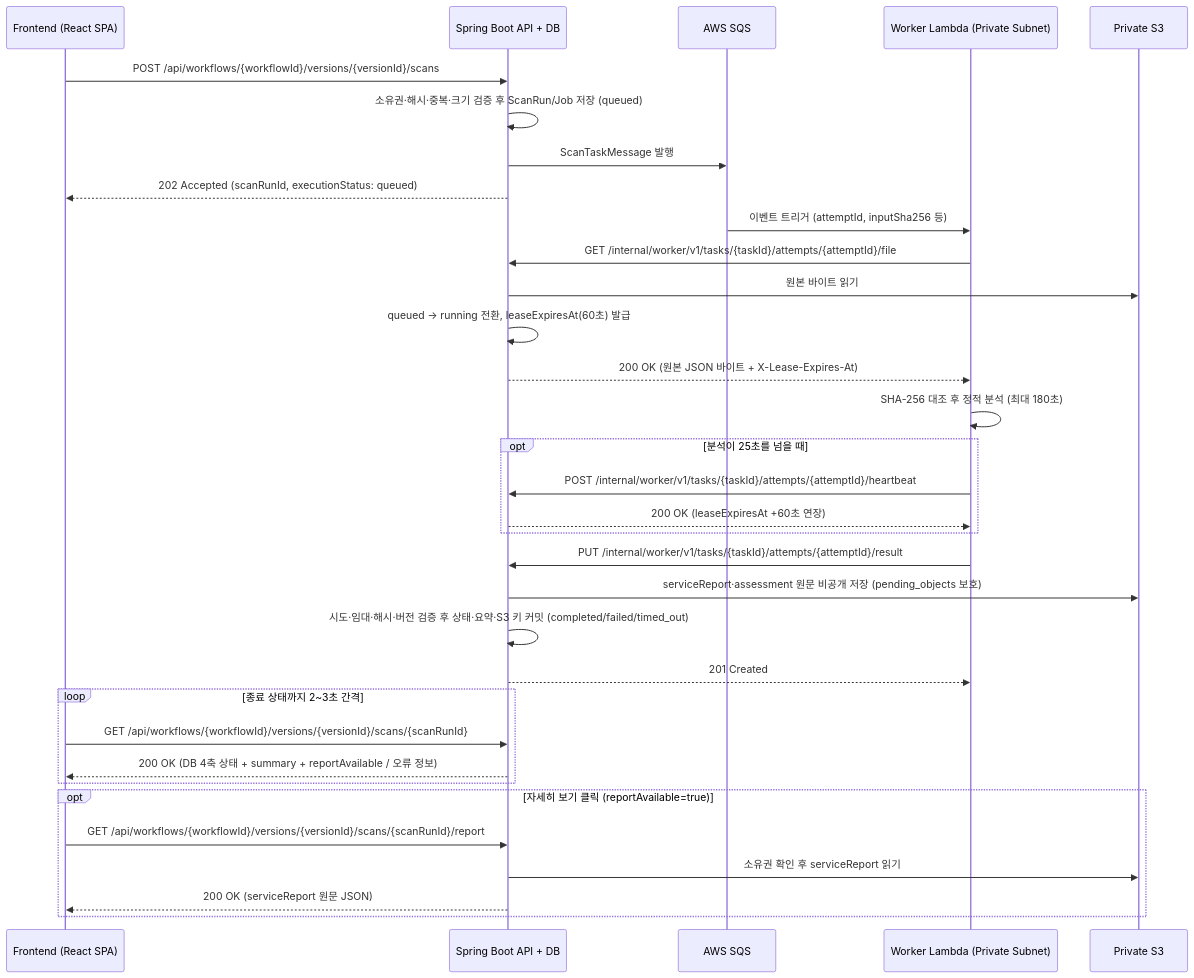
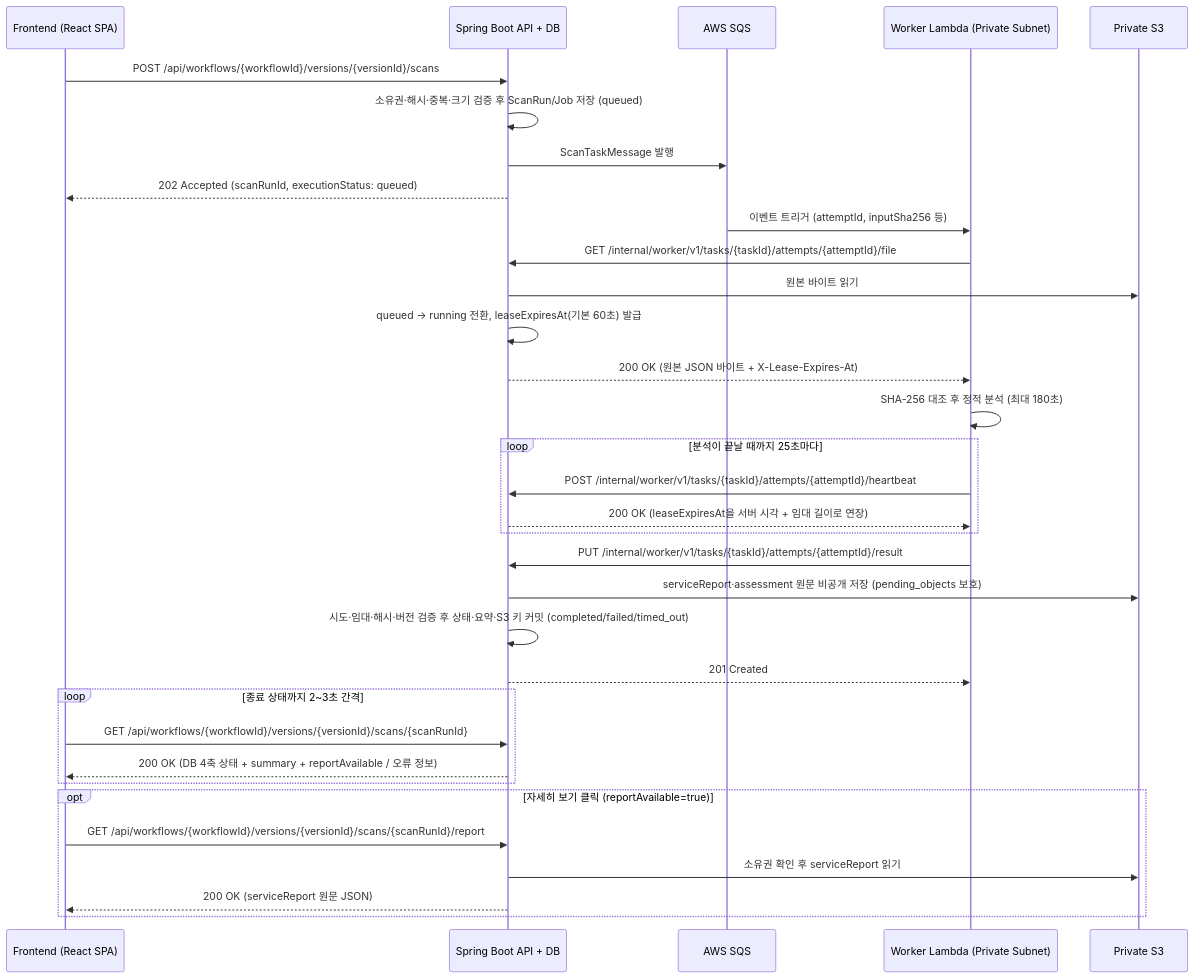
Before and after one commit to serendipity-sec/workflow-hub: the first of 2 diagrams in docs/SCAN_API_CONTRACT.md, drawn with Mermaid. The commit also changed other lines of this file and 24 other files, not shown here.

````diff
--- a/docs/SCAN_API_CONTRACT.md
+++ b/docs/SCAN_API_CONTRACT.md
@@ -26,41 +26,41 @@
 ```mermaid
 sequenceDiagram
     participant FE as Frontend (React SPA)
     participant BE as Spring Boot API + DB
     participant SQS as AWS SQS
     participant WK as Worker Lambda (Private Subnet)
     participant S3 as Private S3
 
     FE->>BE: POST /api/workflows/{workflowId}/versions/{versionId}/scans
     BE->>BE: 소유권·해시·중복·크기 검증 후 ScanRun/Job 저장 (queued)
     BE->>SQS: ScanTaskMessage 발행
     BE-->>FE: 202 Accepted (scanRunId, executionStatus: queued)
 
     SQS->>WK: 이벤트 트리거 (attemptId, inputSha256 등)
     WK->>BE: GET /internal/worker/v1/tasks/{taskId}/attempts/{attemptId}/file
     BE->>S3: 원본 바이트 읽기
-    BE->>BE: queued -> running 전환, leaseExpiresAt(60초) 발급
+    BE->>BE: queued -> running 전환, leaseExpiresAt(기본 60초) 발급
     BE-->>WK: 200 OK (원본 JSON 바이트 + X-Lease-Expires-At)
 
     WK->>WK: SHA-256 대조 후 정적 분석 (최대 180초)
-    opt 분석이 25초를 넘을 때
+    loop 분석이 끝날 때까지 25초마다
         WK->>BE: POST /internal/worker/v1/tasks/{taskId}/attempts/{attemptId}/heartbeat
-        BE-->>WK: 200 OK (leaseExpiresAt +60초 연장)
+        BE-->>WK: 200 OK (leaseExpiresAt을 서버 시각 + 임대 길이로 연장)
     end
 
     WK->>BE: PUT /internal/worker/v1/tasks/{taskId}/attempts/{attemptId}/result
     BE->>S3: serviceReport·assessment 원문 비공개 저장 (pending_objects 보호)
     BE->>BE: 시도·임대·해시·버전 검증 후 상태·요약·S3 키 커밋 (completed/failed/timed_out)
     BE-->>WK: 201 Created
 
     loop 종료 상태까지 2~3초 간격
         FE->>BE: GET /api/workflows/{workflowId}/versions/{versionId}/scans/{scanRunId}
         BE-->>FE: 200 OK (DB 4축 상태 + summary + reportAvailable / 오류 정보)
     end
 
     opt 자세히 보기 클릭 (reportAvailable=true)
         FE->>BE: GET /api/workflows/{workflowId}/versions/{versionId}/scans/{scanRunId}/report
         BE->>S3: 소유권 확인 후 serviceReport 읽기
         BE-->>FE: 200 OK (serviceReport 원문 JSON)
     end
 ```
````
